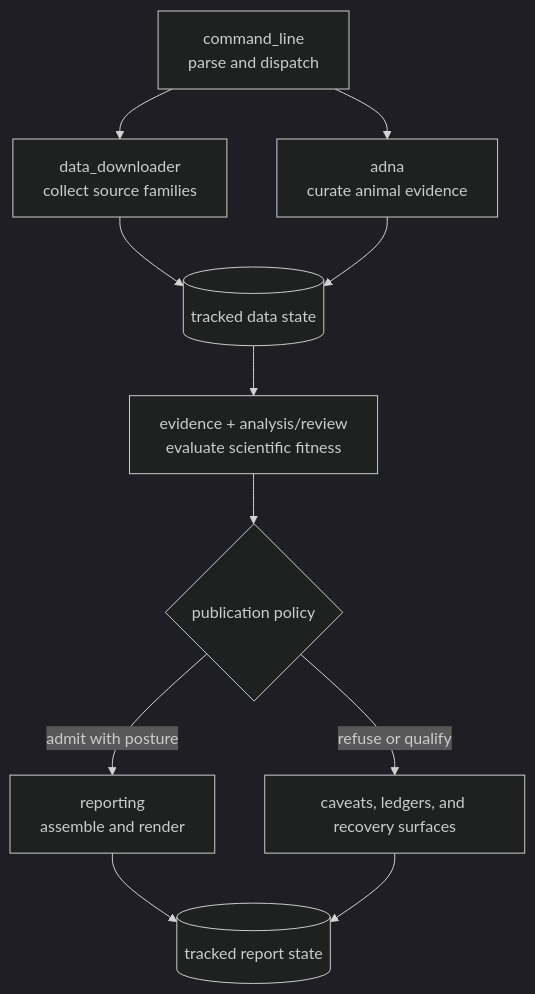
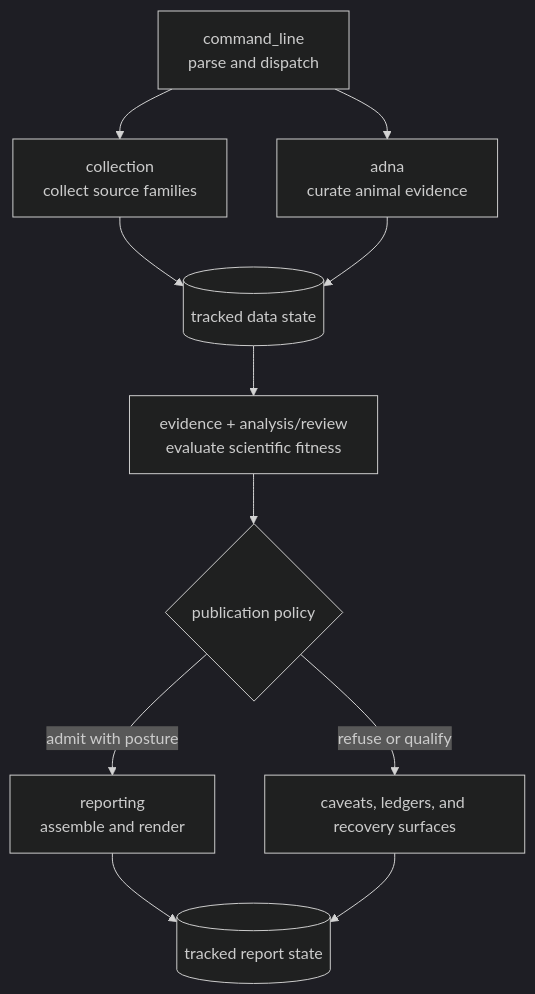
The first of 6 diagrams in docs/public/pollenomics/architecture/index.md (bijux/bijux-pollenomics), drawn with Mermaid (dark theme) before and after one commit. The commit also changed other lines of this file and 176 other files, not shown here.

Commit message:
refactor(collection): name source acquisition by intent

````diff
--- a/docs/public/pollenomics/architecture/index.md
+++ b/docs/public/pollenomics/architecture/index.md
@@ -20,13 +20,13 @@
 ```mermaid
 flowchart TB
-    CLI["command_line\nparse and dispatch"] --> Collect["data_downloader\ncollect source families"]
+    CLI["command_line\nparse and dispatch"] --> Collect["collection\ncollect source families"]
     CLI --> Animal["adna\ncurate animal evidence"]
     Collect --> Data[("tracked data state")]
     Animal --> Data
     Data --> Evidence["evidence + analysis/review\nevaluate scientific fitness"]
     Evidence --> Gate{"publication policy"}
     Gate -->|admit with posture| Reporting["reporting\nassemble and render"]
     Gate -->|refuse or qualify| Reviews["caveats, ledgers, and recovery surfaces"]
     Reporting --> Reports[("tracked report state")]
     Reviews --> Reports
 ```
````
